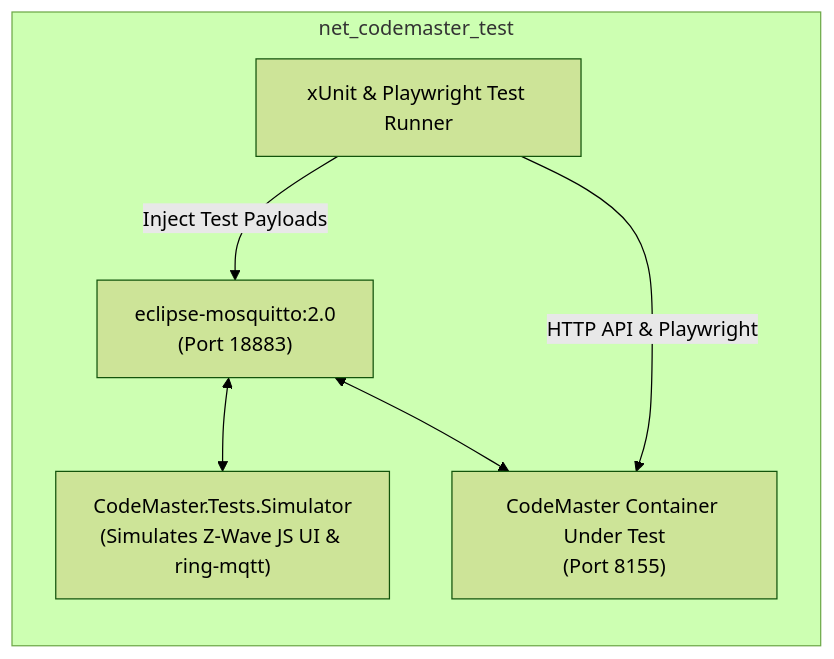
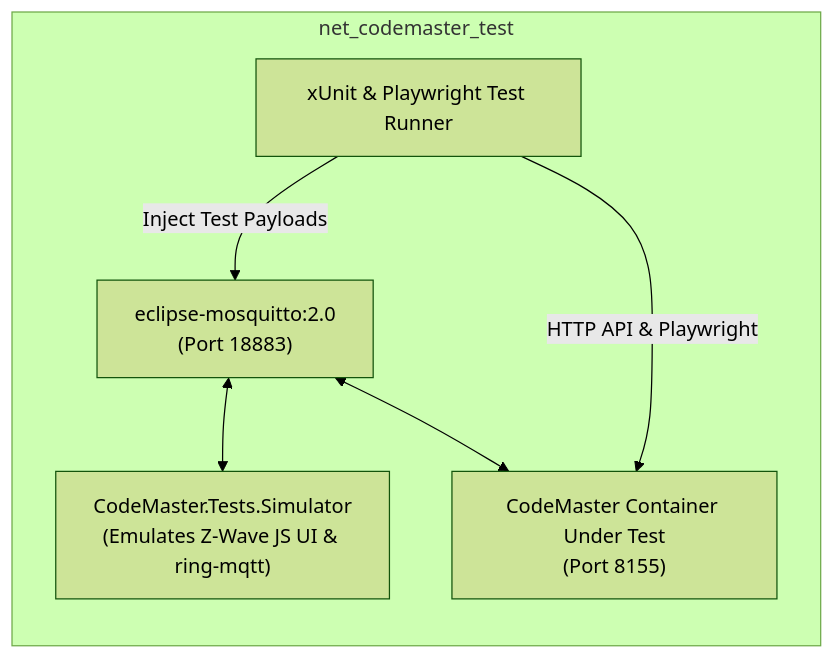
One commit to spelech/AccessControl changed the third of 3 diagrams in docs/superpowers/specs/2026-09-06-codemaster-design.md. Above: the diagram before and after it, drawn with Mermaid (forest theme). The commit also changed other lines of this file, not shown here.

Commit message:
docs(spec): generalize CodeMaster architecture with pluggable providers and 100% UI-driven config

````diff
--- a/docs/superpowers/specs/2026-09-06-codemaster-design.md
+++ b/docs/superpowers/specs/2026-09-06-codemaster-design.md
@@ -257,14 +392,14 @@
 ```mermaid
 flowchart LR
     subgraph Test Network [net_codemaster_test]
         MockBroker["eclipse-mosquitto:2.0<br/>(Port 18883)"]
-        Simulator["CodeMaster.Tests.Simulator<br/>(Simulates Z-Wave JS UI & ring-mqtt)"]
+        Simulator["CodeMaster.Tests.Simulator<br/>(Emulates Z-Wave JS UI & ring-mqtt)"]
         TestApp["CodeMaster Container Under Test<br/>(Port 8155)"]
         TestRunner["xUnit & Playwright Test Runner"]
     end
 
     MockBroker <--> Simulator
     MockBroker <--> TestApp
     TestRunner -->|HTTP API & Playwright| TestApp
     TestRunner -->|Inject Test Payloads| MockBroker
 ```
````
